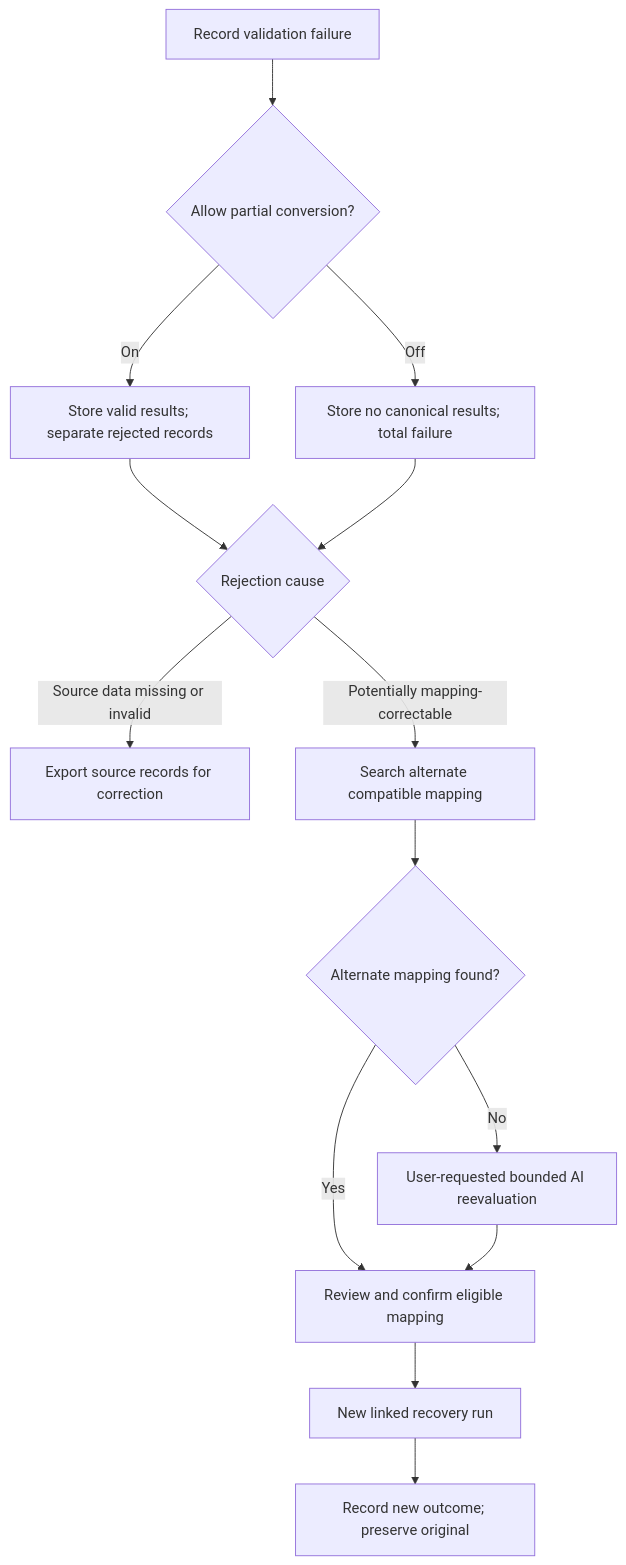
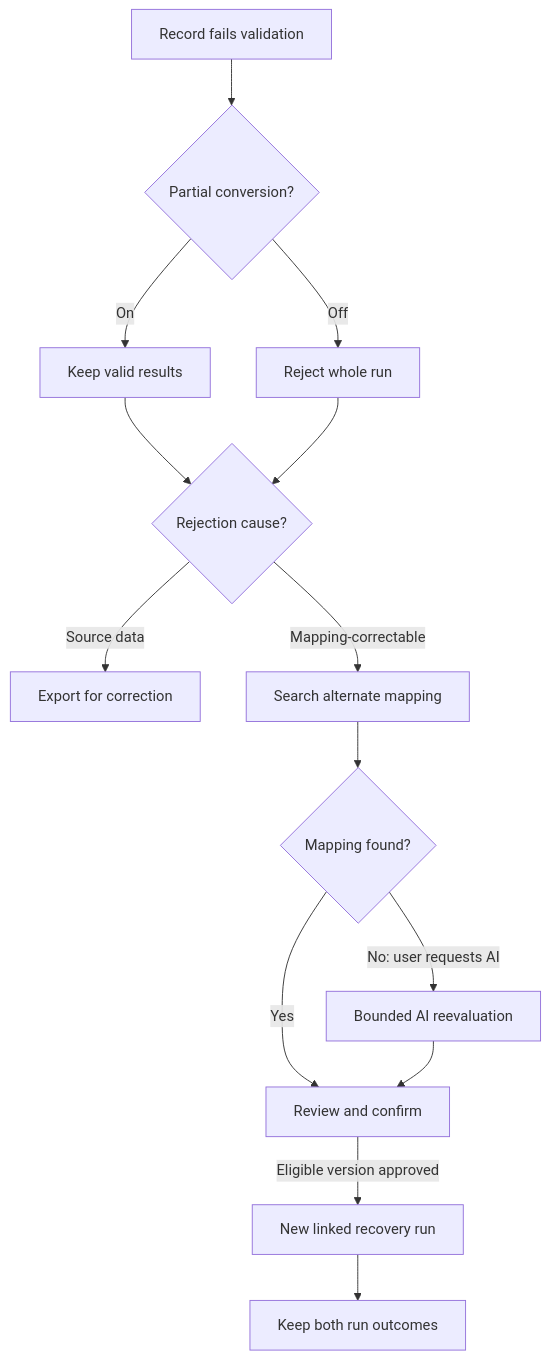
One commit to erickbradley/ai-assisted-b2b-integration-onboarding changed the third of 3 diagrams in docs/architecture-workflows.md. Above: the diagram before and after it, drawn with Mermaid. The commit also changed other lines of this file and 9 other files, not shown here.

First line of the commit message:
Improve diagram readability and add zoomable SVG copies

````diff
--- a/docs/architecture-workflows.md
+++ b/docs/architecture-workflows.md
@@ -97,24 +103,24 @@
 ```mermaid
 flowchart TB
-    F["Record validation failure"]
-    P{"Allow partial conversion?"}
-    Y["Store valid results; separate rejected records"]
-    N["Store no canonical results; total failure"]
-    K{"Rejection cause"}
-    E["Export source records for correction"]
-    S["Search alternate compatible mapping"]
-    M{"Alternate mapping found?"}
-    A["User-requested bounded AI reevaluation"]
-    V["Review and confirm eligible mapping"]
+    F["Record fails validation"]
+    P{"Partial conversion?"}
+    Y["Keep valid results"]
+    N["Reject whole run"]
+    K{"Rejection cause?"}
+    E["Export for correction"]
+    S["Search alternate mapping"]
+    M{"Mapping found?"}
+    A["Bounded AI reevaluation"]
+    V["Review and confirm"]
     R["New linked recovery run"]
-    O["Record new outcome; preserve original"]
+    O["Keep both run outcomes"]
 
     F --> P
     P -->|"On"| Y --> K
     P -->|"Off"| N --> K
-    K -->|"Source data missing or invalid"| E
-    K -->|"Potentially mapping-correctable"| S --> M
+    K -->|"Source data"| E
+    K -->|"Mapping-correctable"| S --> M
     M -->|"Yes"| V
-    M -->|"No"| A --> V
-    V --> R --> O
+    M -->|"No: user requests AI"| A --> V
+    V -->|"Eligible version approved"| R --> O
 ```
````
